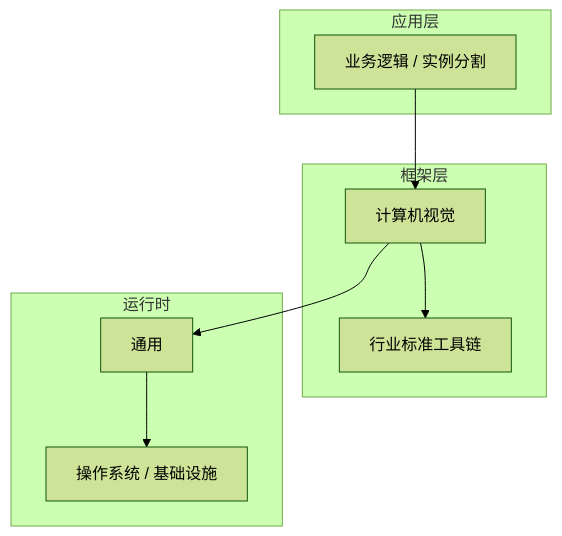
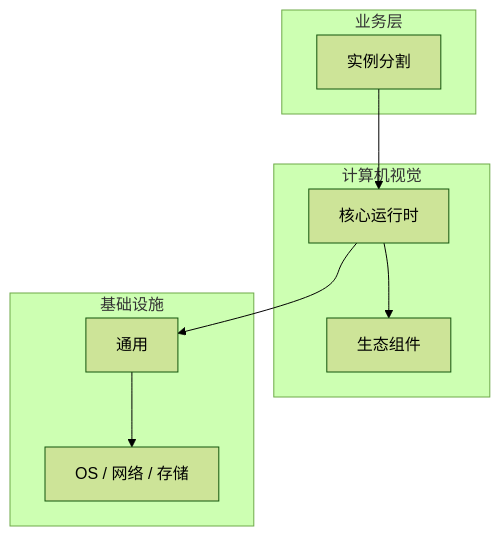
The diagram in articles/计算机视觉/chapters/071-实例分割核心概念与原理.md (yanggan2015/knowledge-json-v2), drawn with Mermaid (forest theme) before and after one commit. The commit also changed other lines of this file and 10127 other files, not shown here.

````diff
--- a/articles/计算机视觉/chapters/071-实例分割核心概念与原理.md
+++ b/articles/计算机视觉/chapters/071-实例分割核心概念与原理.md
@@ -45,18 +30,18 @@
 ```mermaid
 graph TB
-    subgraph 应用层
-        A[业务逻辑 / 实例分割]
+    subgraph 业务层
+        A[实例分割]
     end
-    subgraph 框架层
-        B[计算机视觉]
-        C[行业标准工具链]
+    subgraph 计算机视觉
+        B[核心运行时]
+        C[生态组件]
     end
-    subgraph 运行时
+    subgraph 基础设施
         D[通用]
-        E[操作系统 / 基础设施]
+        E[OS / 网络 / 存储]
     end
     A --> B
     B --> C
     B --> D
     D --> E
 ```
````
